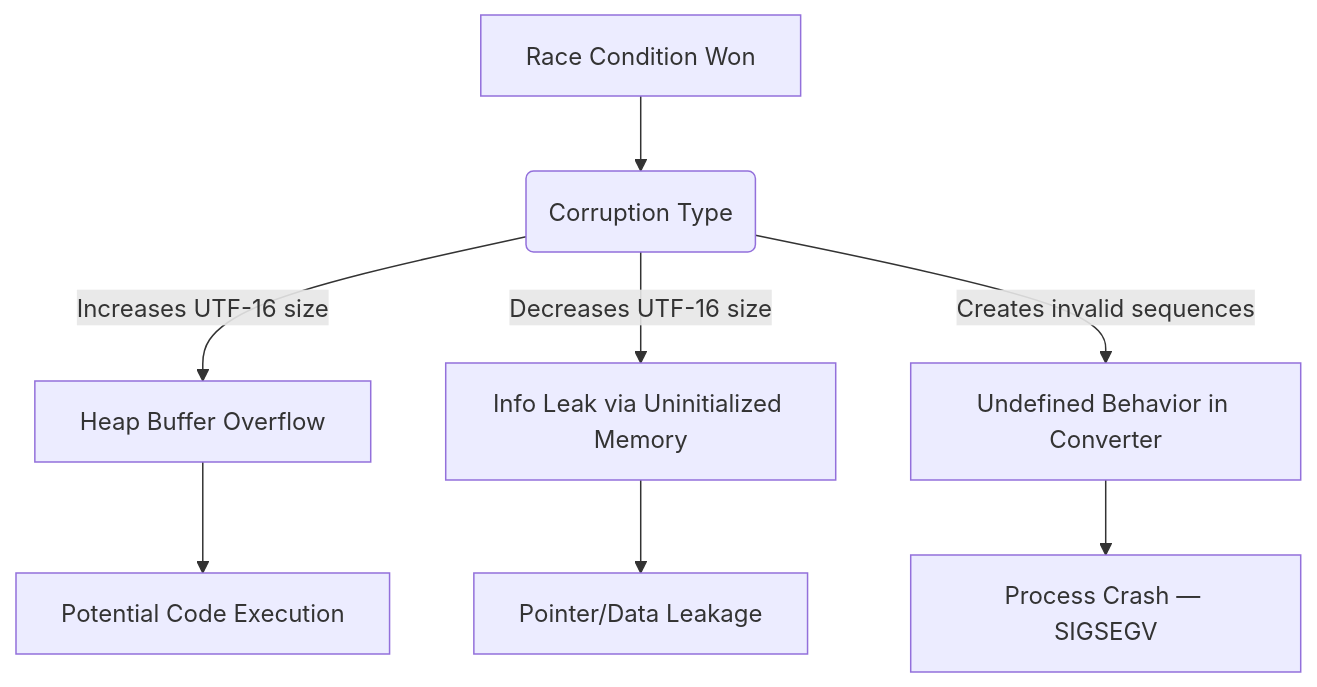
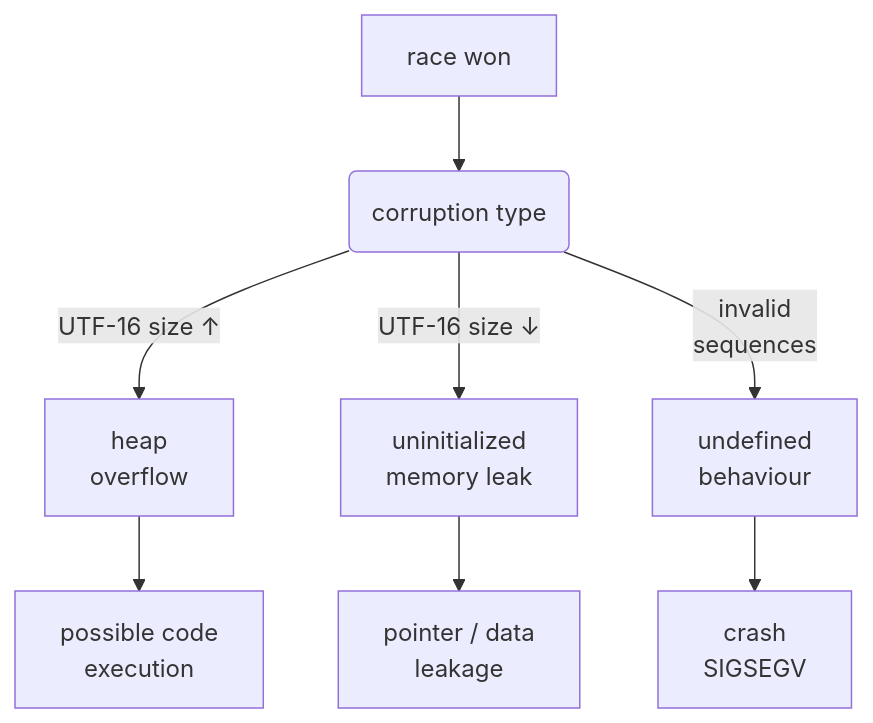
One commit to nithissh7/nithissh7.github.io changed the third of 3 diagrams in src/content/blog/nodejs-sharedarraybuffer-toctou-memory-corruption.md. Above: the diagram before and after it, drawn with Mermaid. The commit also changed other lines of this file and 6 other files, not shown here.

First line of the commit message:
Compact diagrams that fit inside the reading column

````diff
--- a/src/content/blog/nodejs-sharedarraybuffer-toctou-memory-corruption.md
+++ b/src/content/blog/nodejs-sharedarraybuffer-toctou-memory-corruption.md
@@ -209,11 +207,10 @@
 ```mermaid
 flowchart TD
-    A[Race Condition Won] --> B(Corruption Type)
-    B -->|"Increases UTF-16 size"| C[Heap Buffer Overflow]
-    B -->|"Decreases UTF-16 size"| D[Info Leak via Uninitialized Memory]
-    B -->|"Creates invalid sequences"| E[Undefined Behavior in Converter]
-
-    C --> F[Potential Code Execution]
-    D --> G[Pointer/Data Leakage]
-    E --> H[Process Crash — SIGSEGV]
+    A["race won"] --> B(corruption type)
+    B -->|"UTF-16 size ↑"| C["heap<br/>overflow"]
+    B -->|"UTF-16 size ↓"| D["uninitialized<br/>memory leak"]
+    B -->|"invalid<br/>sequences"| E["undefined<br/>behaviour"]
+    C --> F["possible code<br/>execution"]
+    D --> G["pointer / data<br/>leakage"]
+    E --> H["crash<br/>SIGSEGV"]
 ```
````
